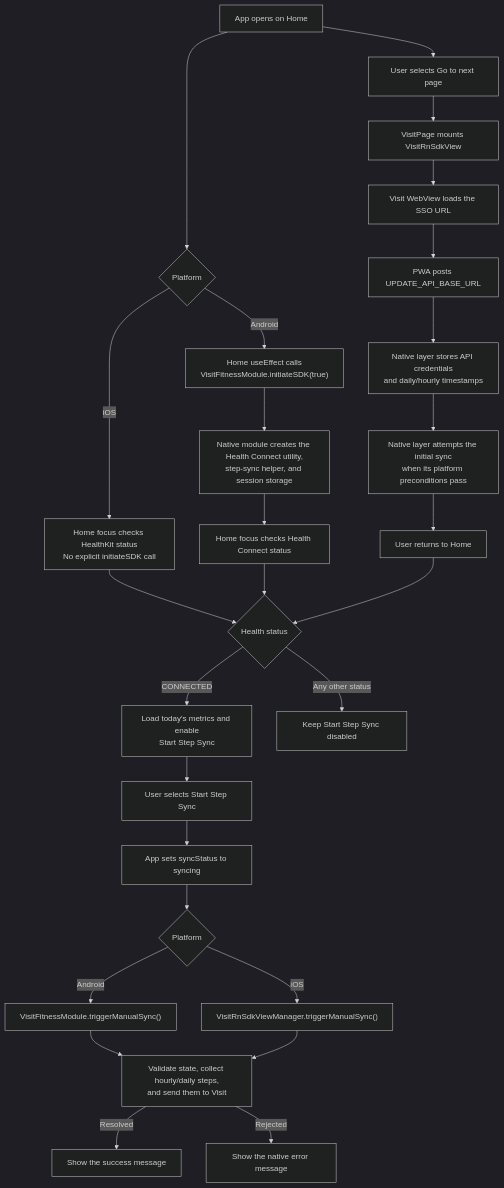
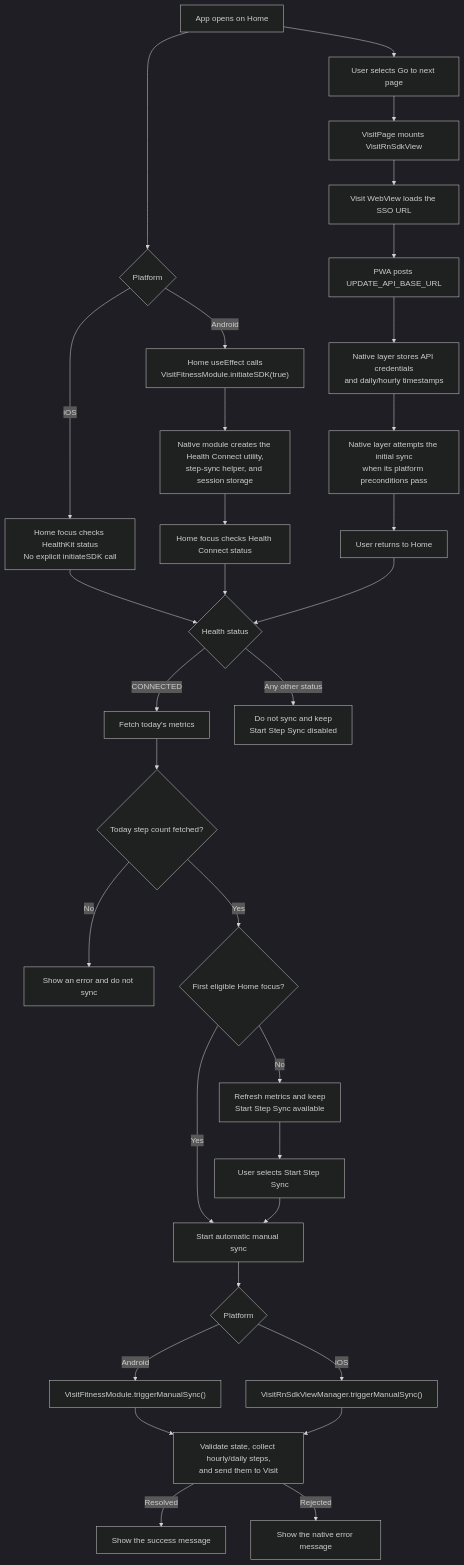
The first of 2 diagrams in README.md (VisitApp/Visit-ReactNative), drawn with Mermaid (dark theme) before and after one commit. The commit also changed other lines of this file and 2 other files, not shown here.

Commit message:
feat(example): trigger sync on initial home focus

````diff
--- a/README.md
+++ b/README.md
@@ -91,31 +93,36 @@
 ```mermaid
 flowchart TD
     A["App opens on Home"] --> B{"Platform"}
     B -->|Android| C["Home useEffect calls<br/>VisitFitnessModule.initiateSDK(true)"]
     C --> D["Native module creates the Health Connect utility,<br/>step-sync helper, and session storage"]
     D --> E["Home focus checks Health Connect status"]
     B -->|iOS| F["Home focus checks HealthKit status<br/>No explicit initiateSDK call"]
     F --> G{"Health status"}
     E --> G
-    G -->|CONNECTED| H["Load today's metrics and enable<br/>Start Step Sync"]
-    G -->|Any other status| I["Keep Start Step Sync disabled"]
+    G -->|CONNECTED| H["Fetch today's metrics"]
+    G -->|Any other status| I["Do not sync and keep<br/>Start Step Sync disabled"]
+    H --> Y{"Today step count fetched?"}
+    Y -->|No| Z["Show an error and do not sync"]
+    Y -->|Yes| AA{"First eligible Home focus?"}
+    AA -->|Yes| R["Start automatic manual sync"]
+    AA -->|No| Q["Refresh metrics and keep<br/>Start Step Sync available"]
 
     A --> J["User selects Go to next page"]
     J --> K["VisitPage mounts VisitRnSdkView"]
     K --> L["Visit WebView loads the SSO URL"]
     L --> M["PWA posts UPDATE_API_BASE_URL"]
     M --> N["Native layer stores API credentials<br/>and daily/hourly timestamps"]
     N --> O["Native layer attempts the initial sync<br/>when its platform preconditions pass"]
     O --> P["User returns to Home"]
     P --> G
 
-    H --> Q["User selects Start Step Sync"]
-    Q --> R["App sets syncStatus to syncing"]
+    Q --> AB["User selects Start Step Sync"]
+    AB --> R
     R --> S{"Platform"}
     S -->|Android| T["VisitFitnessModule.triggerManualSync()"]
     S -->|iOS| U["VisitRnSdkViewManager.triggerManualSync()"]
     T --> V["Validate state, collect hourly/daily steps,<br/>and send them to Visit"]
     U --> V
     V -->|Resolved| W["Show the success message"]
     V -->|Rejected| X["Show the native error message"]
 ```
````
